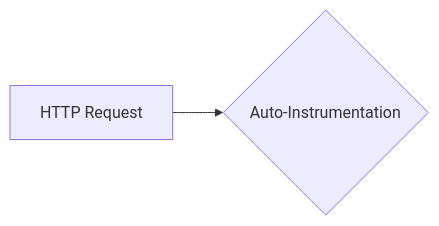
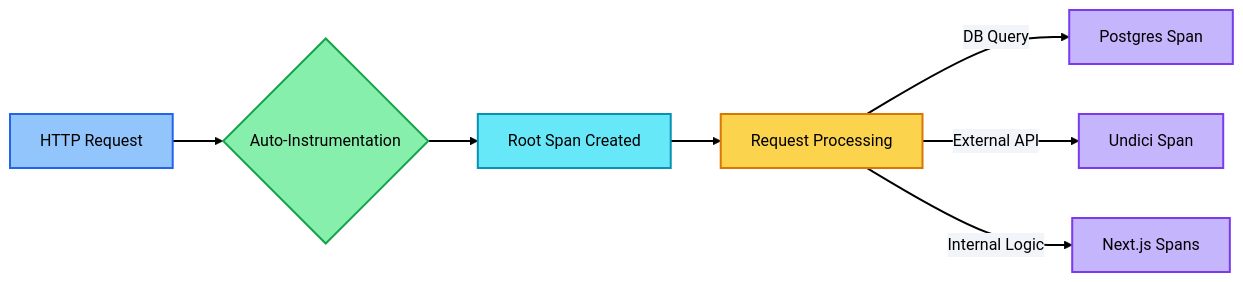
Before and after one commit to 3DHDSoft/devmultiplier-academy: the third of 5 diagrams in doc/opentelemetry_architecture.md, drawn with Mermaid. The commit also changed other lines of this file and 17 other files, not shown here.

````diff
--- a/doc/opentelemetry_architecture.md
+++ b/doc/opentelemetry_architecture.md
@@ -282,12 +324,31 @@
 ```mermaid
+%%{init: {'theme': 'base', 'themeVariables': {
+  'primaryColor': '#93c5fd',
+  'primaryTextColor': '#000000',
+  'primaryBorderColor': '#2563eb',
+  'lineColor': '#000000',
+  'secondaryColor': '#c4b5fd',
+  'tertiaryColor': '#67e8f9',
+  'background': '#ffffff',
+  'textColor': '#000000',
+  'edgeLabelBackground': '#f1f5f9',
+  'fontFamily': 'system-ui, -apple-system, sans-serif'
+}}}%%
 graph LR
     A[HTTP Request] --> B{Auto-Instrumentation}
-%%{init: {'theme': 'default'Root Span Created]
+    B --> C[Root Span Created]
     C --> D[Request Processing]
     D -->|DB Query| E[Postgres Span]
     D -->|External API| F[Undici Span]
     D -->|Internal Logic| G[Next.js Spans]
 
-    style B fill:#4CAF50
-    style C fill:#2196F3
+    style A fill:#93c5fd,stroke:#2563eb,color:#000000,stroke-width:2px
+    style B fill:#86efac,stroke:#16a34a,color:#000000,stroke-width:2px
+    style C fill:#67e8f9,stroke:#0891b2,color:#000000,stroke-width:2px
+    style D fill:#fcd34d,stroke:#d97706,color:#000000,stroke-width:2px
+    style E fill:#c4b5fd,stroke:#7c3aed,color:#000000,stroke-width:2px
+    style F fill:#c4b5fd,stroke:#7c3aed,color:#000000,stroke-width:2px
+    style G fill:#c4b5fd,stroke:#7c3aed,color:#000000,stroke-width:2px
+
+    linkStyle default stroke:#000000,stroke-width:2px
 ```
````
